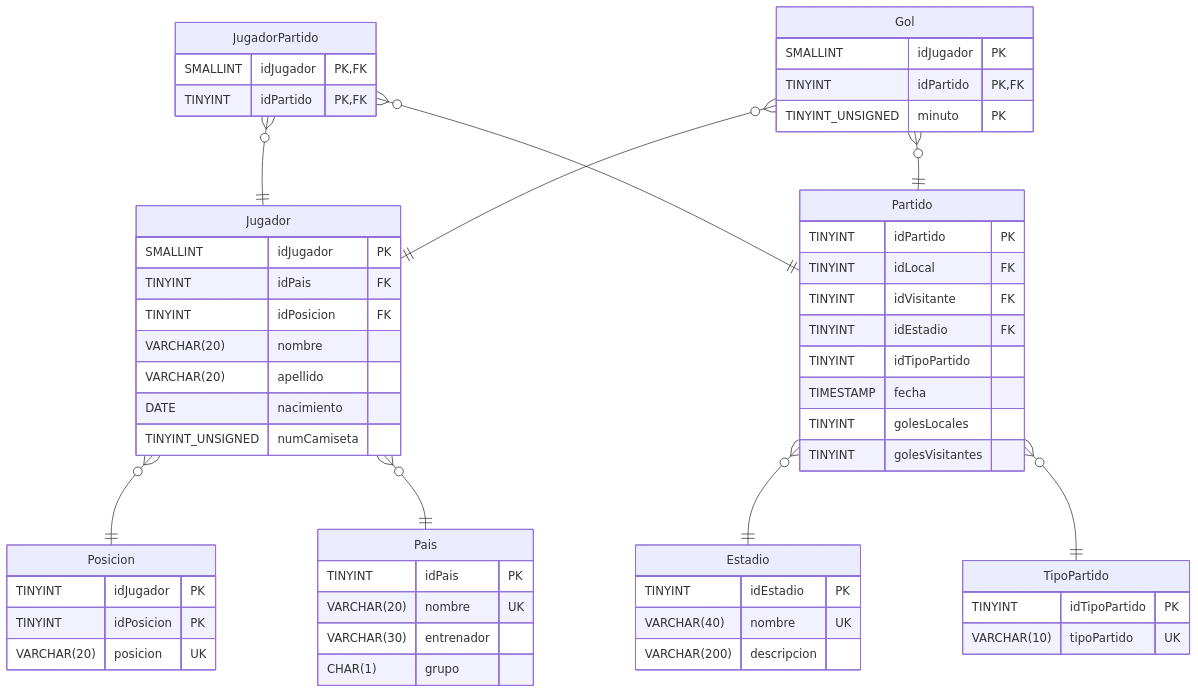
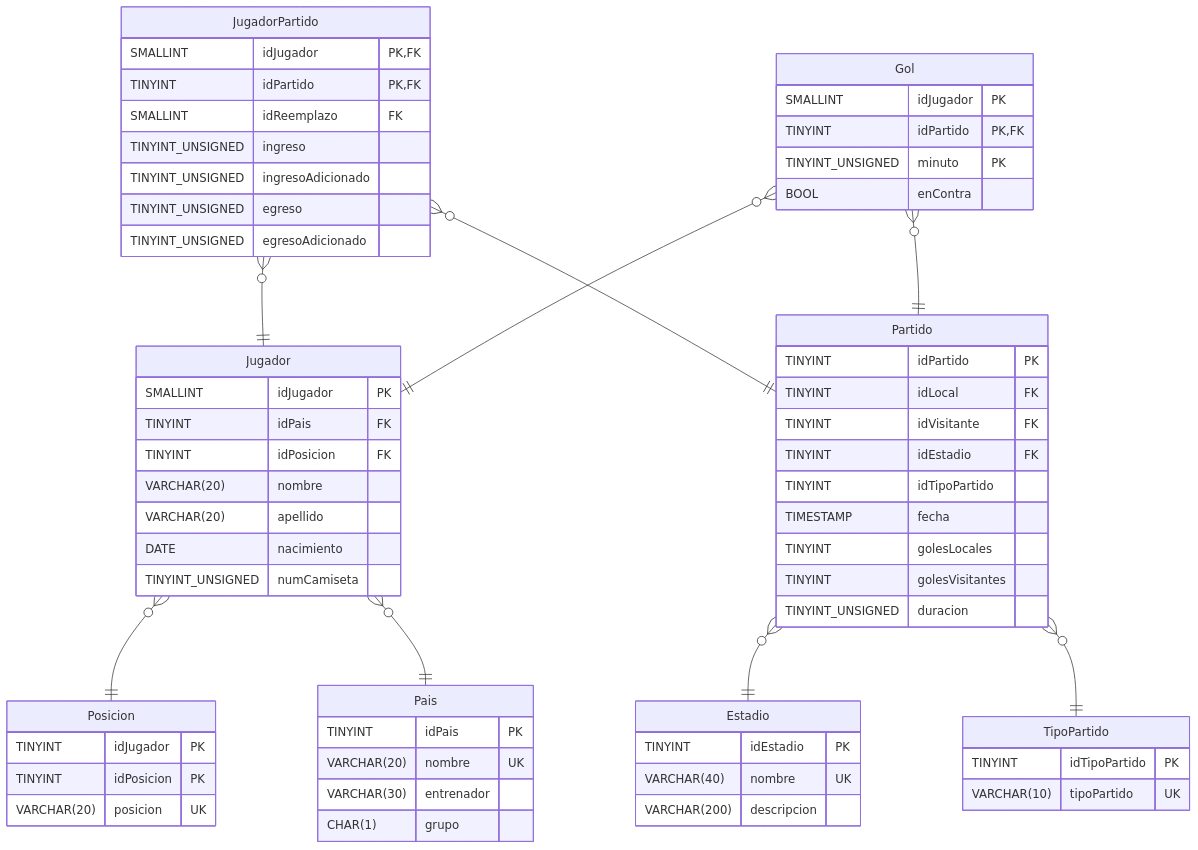
The diagram in README.md (PasandiLuka/BD-Mundial22), drawn with Mermaid before and after one commit. The commit also changed 1 other file, not shown here.

Commit message:
Actualizando el modelo

````diff
--- a/README.md
+++ b/README.md
@@ -6,62 +6,69 @@
 ```mermaid
 erDiagram
     Pais{   
         TINYINT idPais PK
         VARCHAR(20) nombre UK
         VARCHAR(30) entrenador
         CHAR(1) grupo
     }
     Estadio{
         TINYINT idEstadio PK
         VARCHAR(40) nombre UK
         VARCHAR(200) descripcion
     }
     TipoPartido{
         TINYINT idTipoPartido PK
         VARCHAR(10) tipoPartido UK
     }
     Partido{
         TINYINT idPartido PK
         TINYINT idLocal FK
         TINYINT idVisitante FK
         TINYINT idEstadio FK
         TINYINT idTipoPartido
         TIMESTAMP fecha
         TINYINT golesLocales
         TINYINT golesVisitantes
+        TINYINT_UNSIGNED duracion
     }
     Posicion{
         TINYINT idJugador PK
         TINYINT idPosicion PK
         VARCHAR(20) posicion UK
     }
     Jugador{
         SMALLINT idJugador PK
         TINYINT idPais FK
         TINYINT idPosicion FK
         VARCHAR(20) nombre
         VARCHAR(20) apellido
         DATE nacimiento 
         TINYINT_UNSIGNED numCamiseta
     }
     JugadorPartido{
         SMALLINT idJugador PK, FK
         TINYINT idPartido PK, FK
+        SMALLINT idReemplazo FK
+        TINYINT_UNSIGNED ingreso
+        TINYINT_UNSIGNED ingresoAdicionado
+        TINYINT_UNSIGNED egreso
+        TINYINT_UNSIGNED egresoAdicionado
     }
     Gol{
         SMALLINT idJugador PK
         TINYINT idPartido PK, FK
         TINYINT_UNSIGNED minuto PK
+        BOOL enContra
     }
 
     Jugador }o--|| Posicion :""
     Jugador }o--|| Pais :""
     Partido }o--|| Estadio :""
     Partido }o--|| TipoPartido :""
     JugadorPartido }o--|| Jugador :""
     JugadorPartido }o--|| Partido :""
     Gol }o--|| Jugador :""
     Gol }o--|| Partido :""
 
 
 ```
````
